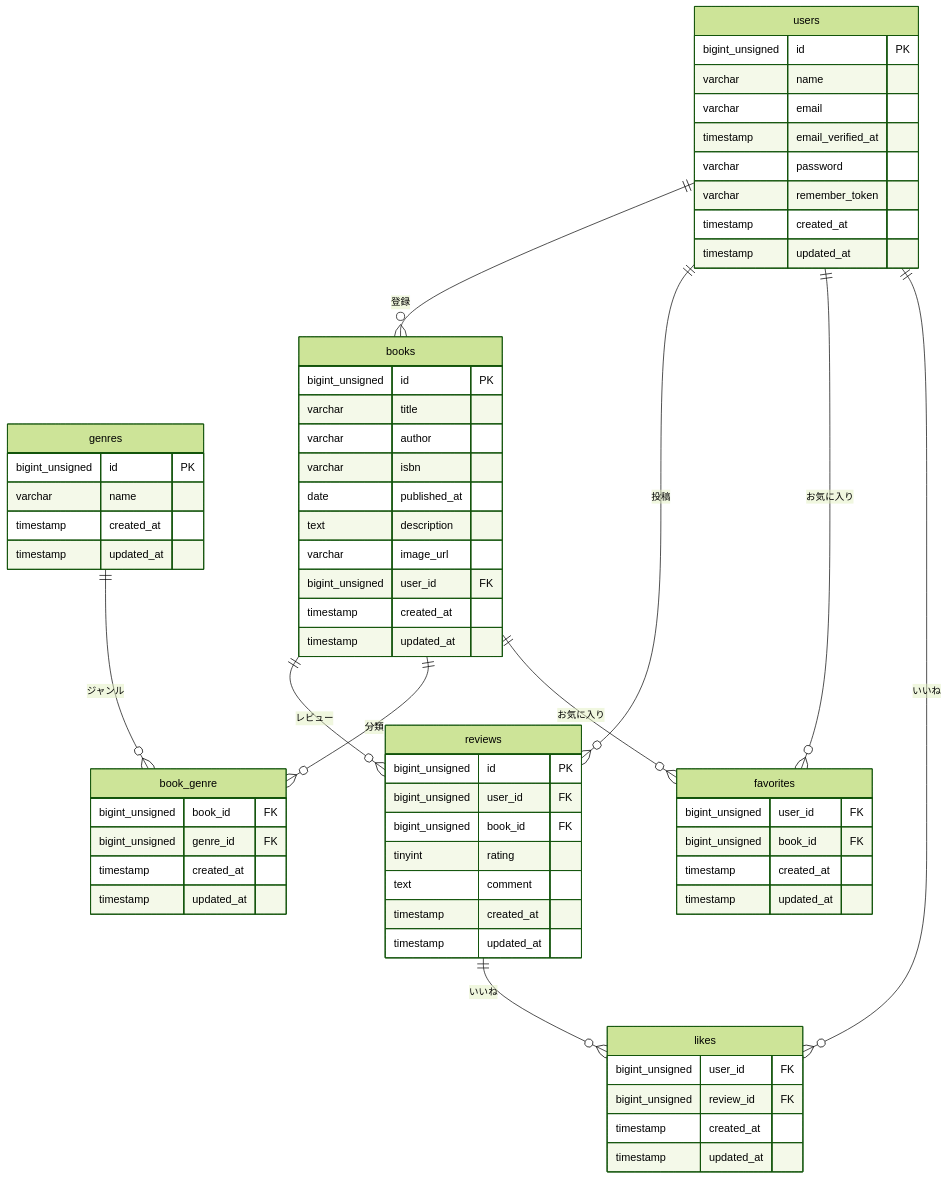
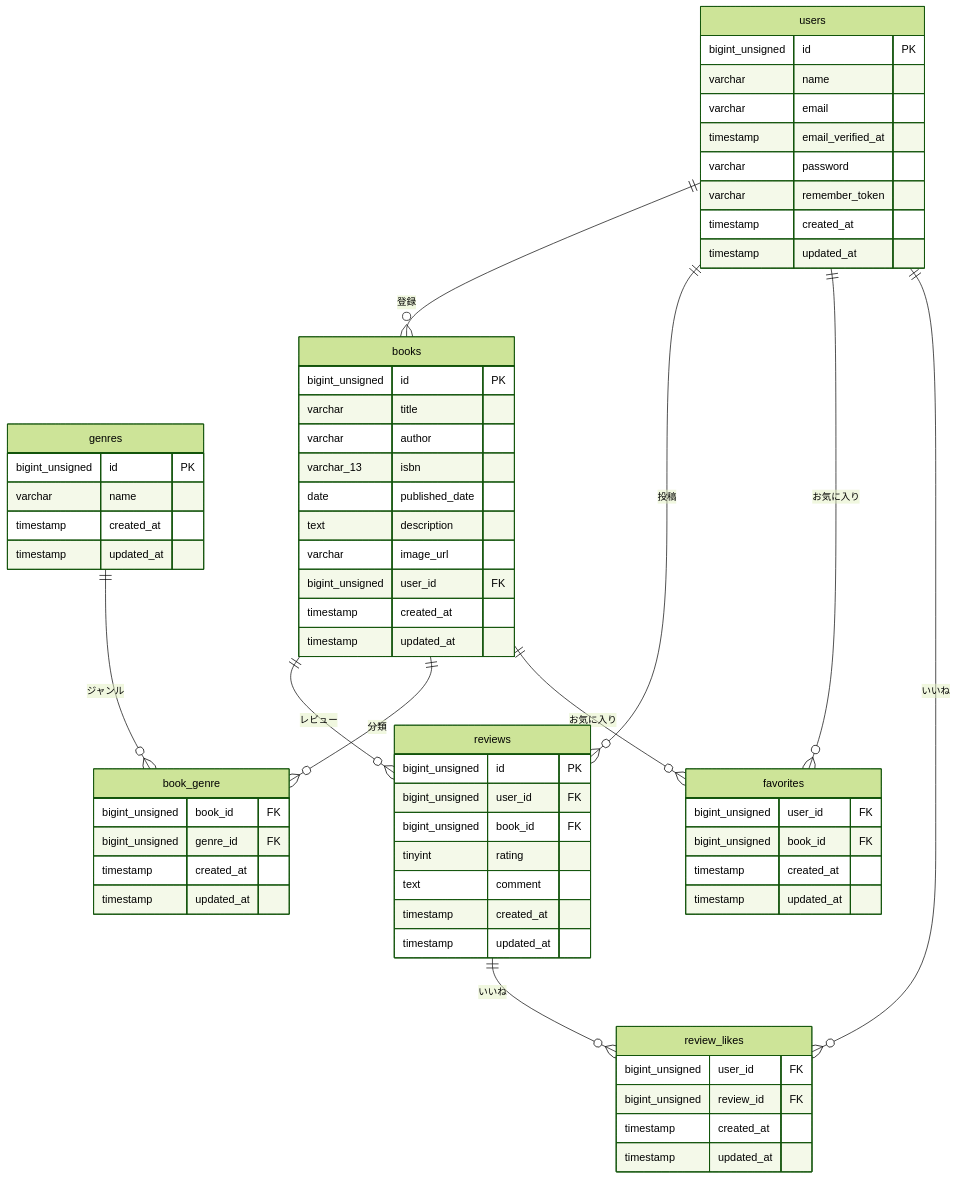
One commit to osakana-works/bookshelf-review-app changed the diagram in README.md. Above: the diagram before and after it, drawn with Mermaid (forest theme). The commit also changed other lines of this file, not shown here.

````diff
--- a/README.md
+++ b/README.md
@@ -1,68 +21,68 @@
 ```mermaid
 erDiagram
   users {
     bigint_unsigned id PK
     varchar name
     varchar email
     timestamp email_verified_at
     varchar password
     varchar remember_token
     timestamp created_at
     timestamp updated_at
   }
   genres {
     bigint_unsigned id PK
     varchar name
     timestamp created_at
     timestamp updated_at
   }
   books {
     bigint_unsigned id PK
     varchar title
     varchar author
-    varchar isbn
-    date published_at
+    varchar_13 isbn
+    date published_date
     text description
     varchar image_url
     bigint_unsigned user_id FK
     timestamp created_at
     timestamp updated_at
   }
   reviews {
     bigint_unsigned id PK
     bigint_unsigned user_id FK
     bigint_unsigned book_id FK
     tinyint rating
     text comment
     timestamp created_at
     timestamp updated_at
   }
   book_genre {
     bigint_unsigned book_id FK
     bigint_unsigned genre_id FK
     timestamp created_at
     timestamp updated_at
   }
   favorites {
     bigint_unsigned user_id FK
     bigint_unsigned book_id FK
     timestamp created_at
     timestamp updated_at
   }
-  likes {
+  review_likes {
     bigint_unsigned user_id FK
     bigint_unsigned review_id FK
     timestamp created_at
     timestamp updated_at
   }
 
   users ||--o{ books : "登録"
   users ||--o{ reviews : "投稿"
   users ||--o{ favorites : "お気に入り"
-  users ||--o{ likes : "いいね"
+  users ||--o{ review_likes : "いいね"
   books ||--o{ reviews : "レビュー"
   books ||--o{ book_genre : "分類"
   books ||--o{ favorites : "お気に入り"
   genres ||--o{ book_genre : "ジャンル"
-  reviews ||--o{ likes : "いいね"
+  reviews ||--o{ review_likes : "いいね"
 ```
````
